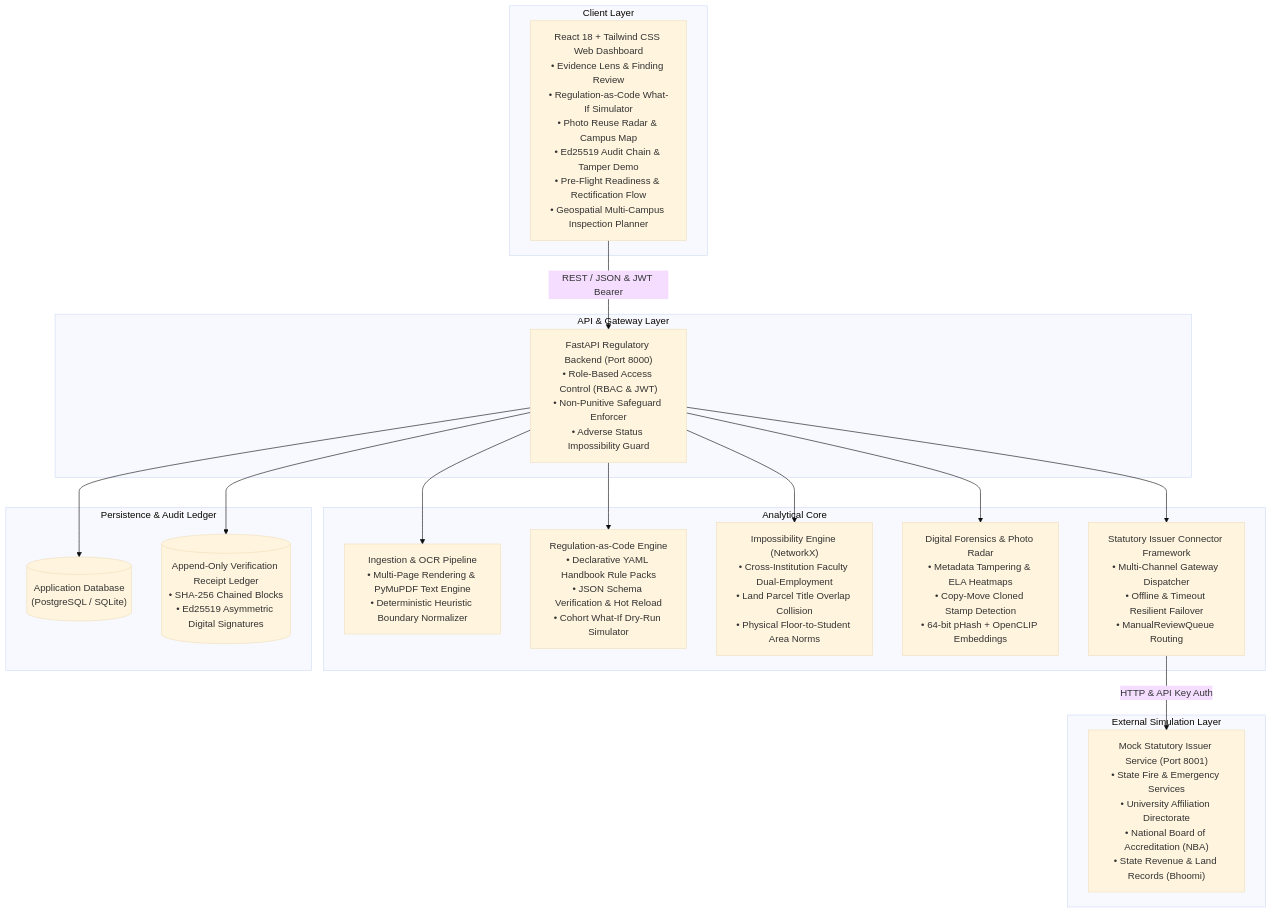
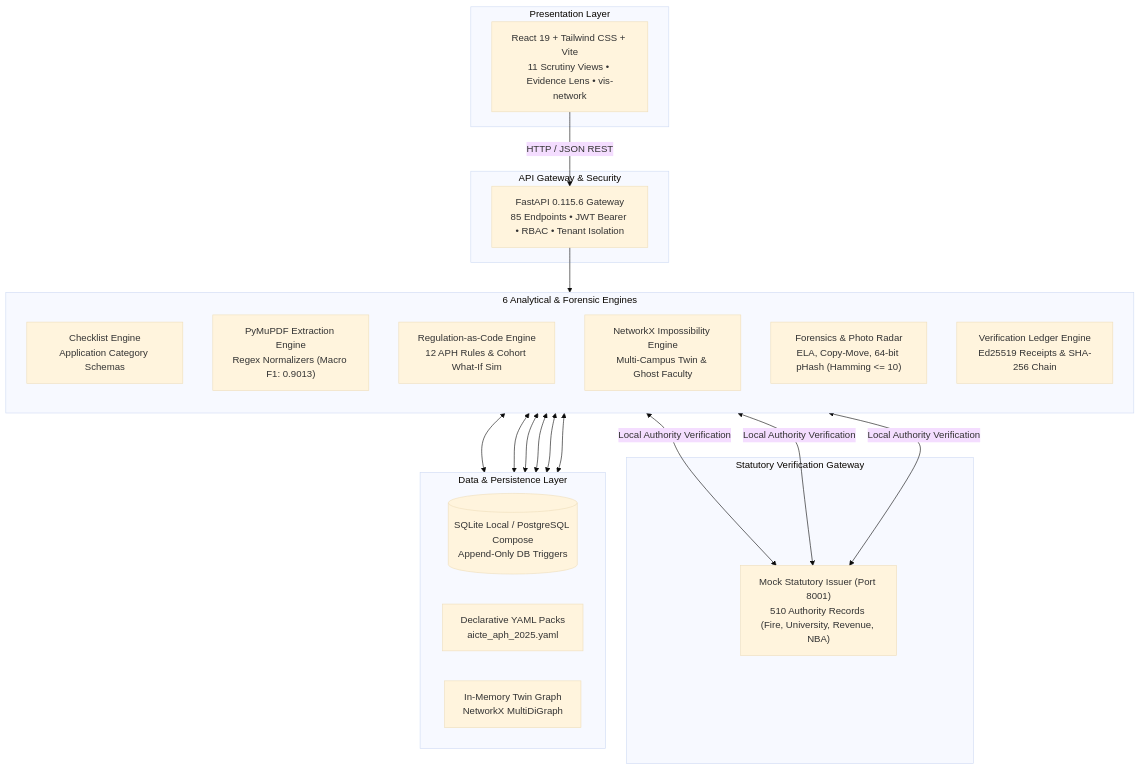
One commit to tejas-coder28/sih-2.0 changed the first of 2 diagrams in README.md. Above: the diagram before and after it, drawn with Mermaid (base theme). The commit also changed other lines of this file, not shown here.

Commit message:
docs: finalize honest, grounded README with verified benchmark metrics and architecture gallery

````diff
--- a/README.md
+++ b/README.md
@@ -78,37 +68,35 @@
 ```mermaid
-graph TB
-    subgraph Client Layer
-        UI["React 18 + Tailwind CSS Web Dashboard<br/>• Evidence Lens & Finding Review<br/>• Regulation-as-Code What-If Simulator<br/>• Photo Reuse Radar & Campus Map<br/>• Ed25519 Audit Chain & Tamper Demo<br/>• Pre-Flight Readiness & Rectification Flow<br/>• Geospatial Multi-Campus Inspection Planner"]
+flowchart TB
+    subgraph CLIENT["Presentation Layer"]
+        UI["React 19 + Tailwind CSS + Vite<br/>11 Scrutiny Views • Evidence Lens • vis-network"]
     end
 
-    subgraph API & Gateway Layer
-        API["FastAPI Regulatory Backend (Port 8000)<br/>• Role-Based Access Control (RBAC & JWT)<br/>• Non-Punitive Safeguard Enforcer<br/>• Adverse Status Impossibility Guard"]
+    subgraph API["API Gateway & Security"]
+        GATEWAY["FastAPI 0.115.6 Gateway<br/>85 Endpoints • JWT Bearer • RBAC • Tenant Isolation"]
     end
 
-    subgraph Analytical Core
-        INGEST["Ingestion & OCR Pipeline<br/>• Multi-Page Rendering & PyMuPDF Text Engine<br/>• Deterministic Heuristic Boundary Normalizer"]
-        RAC["Regulation-as-Code Engine<br/>• Declarative YAML Handbook Rule Packs<br/>• JSON Schema Verification & Hot Reload<br/>• Cohort What-If Dry-Run Simulator"]
-        IMP["Impossibility Engine (NetworkX)<br/>• Cross-Institution Faculty Dual-Employment<br/>• Land Parcel Title Overlap Collision<br/>• Physical Floor-to-Student Area Norms"]
-        FORENSIC["Digital Forensics & Photo Radar<br/>• Metadata Tampering & ELA Heatmaps<br/>• Copy-Move Cloned Stamp Detection<br/>• 64-bit pHash + OpenCLIP Embeddings"]
-        CONNECTOR["Statutory Issuer Connector Framework<br/>• Multi-Channel Gateway Dispatcher<br/>• Offline & Timeout Resilient Failover<br/>• ManualReviewQueue Routing"]
+    subgraph ENGINES["6 Analytical & Forensic Engines"]
+        direction TB
+        E1["Checklist Engine<br/>Application Category Schemas"]
+        E2["PyMuPDF Extraction Engine<br/>Regex Normalizers (Macro F1: 0.9013)"]
+        E3["Regulation-as-Code Engine<br/>12 APH Rules & Cohort What-If Sim"]
+        E4["NetworkX Impossibility Engine<br/>Multi-Campus Twin & Ghost Faculty"]
+        E5["Forensics & Photo Radar<br/>ELA, Copy-Move, 64-bit pHash (Hamming <= 10)"]
+        E6["Verification Ledger Engine<br/>Ed25519 Receipts & SHA-256 Chain"]
     end
 
-    subgraph External Simulation Layer
-        MOCK["Mock Statutory Issuer Service (Port 8001)<br/>• State Fire & Emergency Services<br/>• University Affiliation Directorate<br/>• National Board of Accreditation (NBA)<br/>• State Revenue & Land Records (Bhoomi)"]
+    subgraph ISSUER["Statutory Verification Gateway"]
+        MOCK["Mock Statutory Issuer (Port 8001)<br/>510 Authority Records (Fire, University, Revenue, NBA)"]
     end
 
-    subgraph Persistence & Audit Ledger
-        DB[("Application Database<br/>(PostgreSQL / SQLite)")]
-        RECEIPTS[("Append-Only Verification Receipt Ledger<br/>• SHA-256 Chained Blocks<br/>• Ed25519 Asymmetric Digital Signatures")]
+    subgraph DATA["Data & Persistence Layer"]
+        DB[("SQLite Local / PostgreSQL Compose<br/>Append-Only DB Triggers")]
+        RULES["Declarative YAML Packs<br/>aicte_aph_2025.yaml"]
+        GRAPH["In-Memory Twin Graph<br/>NetworkX MultiDiGraph"]
     end
 
-    UI -->|REST / JSON & JWT Bearer| API
-    API --> INGEST
-    API --> RAC
-    API --> IMP
-    API --> FORENSIC
-    API --> CONNECTOR
-    CONNECTOR -->|HTTP & API Key Auth| MOCK
-    API --> DB
-    API --> RECEIPTS
+    UI -->|HTTP / JSON REST| GATEWAY
+    GATEWAY --> ENGINES
+    E1 & E2 & E3 & E4 & E5 & E6 <--> DATA
+    E1 & E3 & E6 <-->|Local Authority Verification| MOCK
 ```
````
